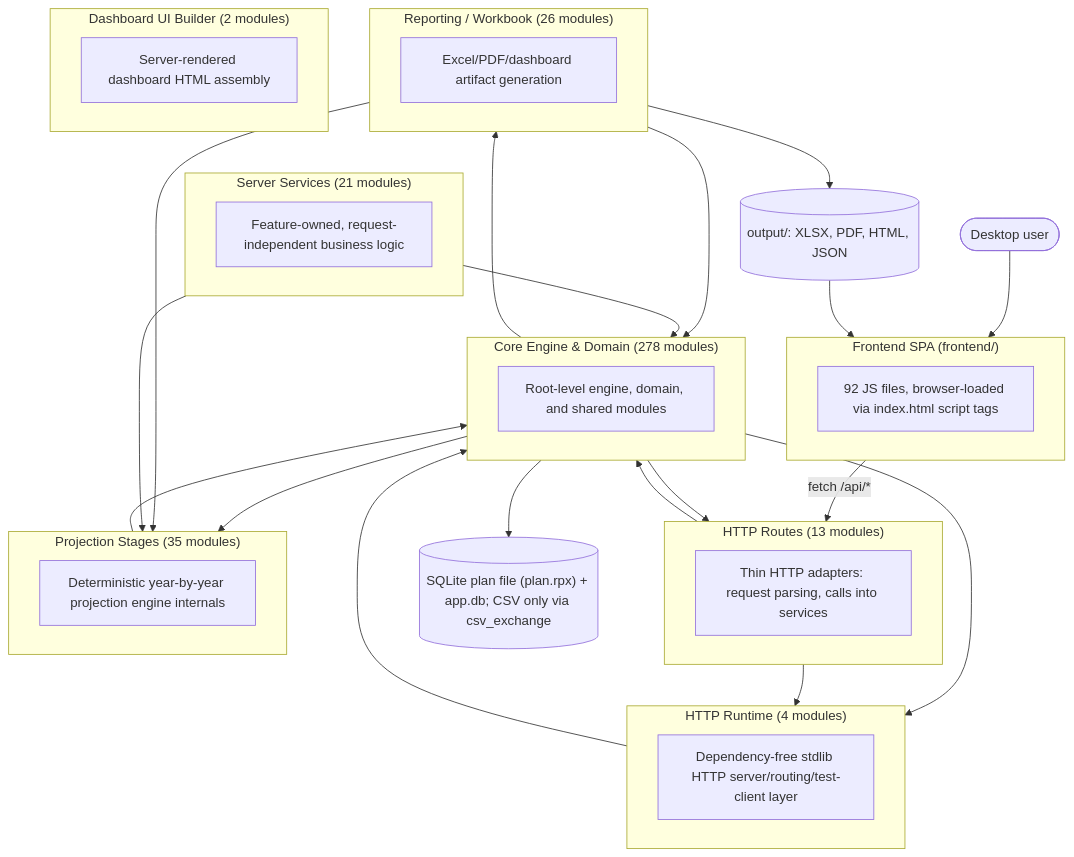
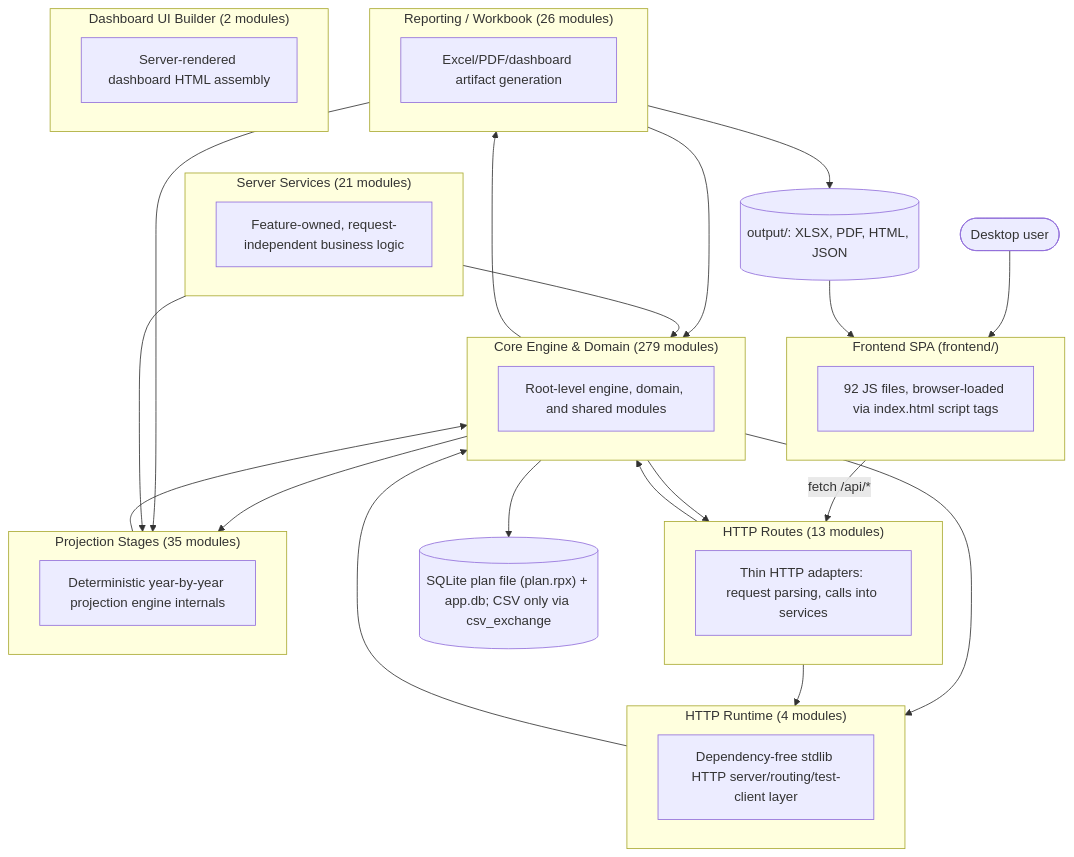
Before and after one commit to matthartzman/retirement_system: the first of 2 diagrams in documentation/reference/SYSTEM_ARCHITECTURE_DIAGRAM.md, drawn with Mermaid. The commit also changed other lines of this file and 11 other files, not shown here.

````diff
--- a/documentation/reference/SYSTEM_ARCHITECTURE_DIAGRAM.md
+++ b/documentation/reference/SYSTEM_ARCHITECTURE_DIAGRAM.md
@@ -11,44 +11,44 @@
 ```mermaid
 flowchart TB
     User(["Desktop user"]) --> FE
     subgraph FE["Frontend SPA (frontend/)"]
         FEcount["92 JS files, browser-loaded via index.html script tags"]
     end
     FE -->|fetch /api/*| L_HTTP_Routes
     subgraph L_HTTP_Routes["HTTP Routes (13 modules)"]
         L_HTTP_Routes_d["Thin HTTP adapters: request parsing, calls into services"]
     end
     subgraph L_Server_Services["Server Services (21 modules)"]
         L_Server_Services_d["Feature-owned, request-independent business logic"]
     end
     subgraph L_HTTP_Runtime["HTTP Runtime (4 modules)"]
         L_HTTP_Runtime_d["Dependency-free stdlib HTTP server/routing/test-client layer"]
     end
-    subgraph L_Core_Engine___Domain["Core Engine & Domain (278 modules)"]
+    subgraph L_Core_Engine___Domain["Core Engine & Domain (279 modules)"]
         L_Core_Engine___Domain_d["Root-level engine, domain, and shared modules"]
     end
     subgraph L_Projection_Stages["Projection Stages (35 modules)"]
         L_Projection_Stages_d["Deterministic year-by-year projection engine internals"]
     end
     subgraph L_Reporting___Workbook["Reporting / Workbook (26 modules)"]
         L_Reporting___Workbook_d["Excel/PDF/dashboard artifact generation"]
     end
     subgraph L_Dashboard_UI_Builder["Dashboard UI Builder (2 modules)"]
         L_Dashboard_UI_Builder_d["Server-rendered dashboard HTML assembly"]
     end
     L_Core_Engine___Domain --> L_HTTP_Routes
     L_Core_Engine___Domain --> L_HTTP_Runtime
     L_Core_Engine___Domain --> L_Projection_Stages
     L_Core_Engine___Domain --> L_Reporting___Workbook
     L_HTTP_Routes --> L_Core_Engine___Domain
     L_HTTP_Routes --> L_HTTP_Runtime
     L_HTTP_Runtime --> L_Core_Engine___Domain
     L_Projection_Stages --> L_Core_Engine___Domain
     L_Reporting___Workbook --> L_Core_Engine___Domain
     L_Reporting___Workbook --> L_Projection_Stages
     L_Server_Services --> L_Core_Engine___Domain
     L_Server_Services --> L_Projection_Stages
     L_Core_Engine___Domain --> DB[("SQLite plan file (plan.rpx) + app.db; CSV only via csv_exchange")]
     L_Reporting___Workbook --> Outputs[("output/: XLSX, PDF, HTML, JSON")]
     Outputs --> FE
 ```
````
